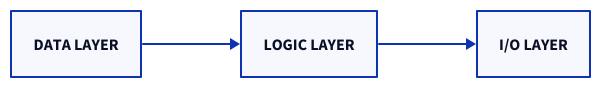
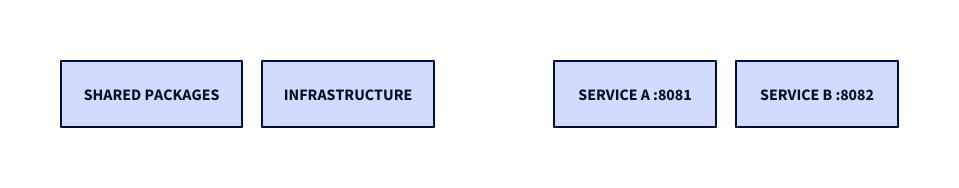
One commit to iknizzz1807/editutor-crafter changed the ninth of 13 diagrams in scripts/instructions/system_diagram_artist.md. Above: the diagram before and after it, drawn with D2. The commit also changed other lines of this file and 86 other files, not shown here.

````diff
--- a/scripts/instructions/system_diagram_artist.md
+++ b/scripts/instructions/system_diagram_artist.md
@@ -102,23 +151,42 @@
 ```d2
-direction: right
+direction: down
 
-layer_data: {
-  direction: down
-  label: "DATA LAYER"
-  # structs here
+vars: {
+  d2-config: {
+    layout-engine: elk
+    theme-id: 3
+  }
 }
 
-layer_logic: {
-  direction: down
-  label: "LOGIC LAYER"
-  # classes/modules here
+row1: "" {
+  direction: right
+  style.stroke: transparent
+  style.fill: transparent
+  layer_shared: {
+    direction: down
+    label: "SHARED PACKAGES"
+    # shared structs/classes here
+  }
+  layer_infra: {
+    direction: down
+    label: "INFRASTRUCTURE"
+    # infra tables here
+  }
 }
 
-layer_io: {
-  direction: down
-  label: "I/O LAYER"
-  # output/integration here
+row2: "" {
+  direction: right
+  style.stroke: transparent
+  style.fill: transparent
+  layer_svc_a: {
+    direction: down
+    label: "SERVICE A  :8081"
+    # service A structs/classes here
+  }
+  layer_svc_b: {
+    direction: down
+    label: "SERVICE B  :8082"
+    # service B structs/classes here
+  }
 }
-
-layer_data -> layer_logic -> layer_io
 ```
````
